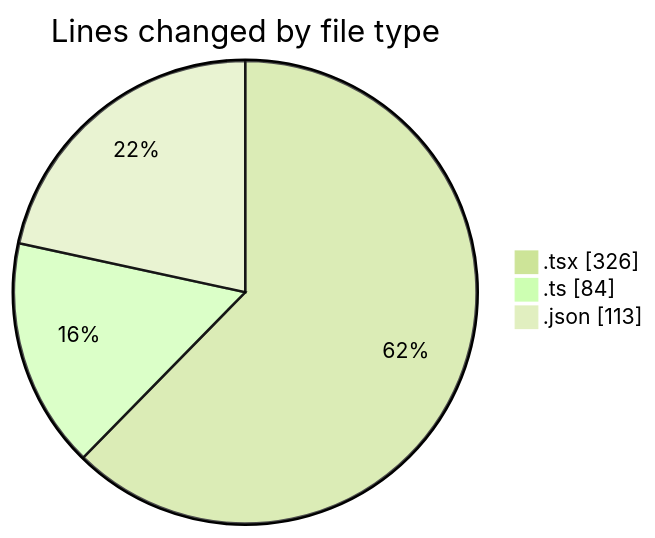
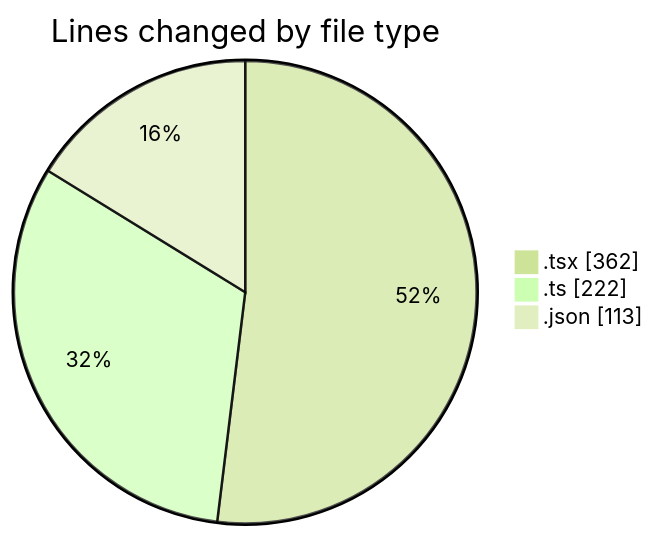
The first of 2 diagrams in 2025-02-23/pdf-analysis-app/README.md (momahboobian/code-tracking), drawn with Mermaid (forest theme) before and after one commit. The commit also changed other lines of this file and 1 other file, not shown here.

````diff
--- a/2025-02-23/pdf-analysis-app/README.md
+++ b/2025-02-23/pdf-analysis-app/README.md
@@ -27,7 +28,7 @@
 ```mermaid
 pie showData
 title Lines changed by file type
-".tsx" : 326
-".ts" : 84
+".tsx" : 362
+".ts" : 222
 ".json" : 113
 ```
````
